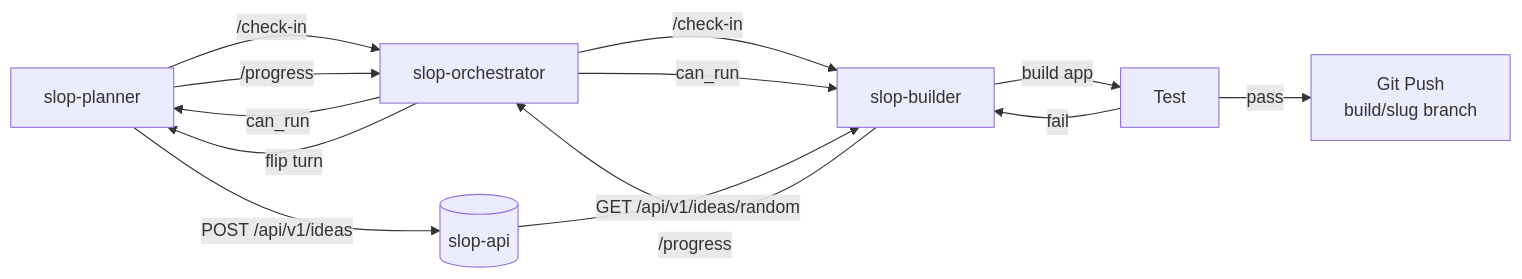
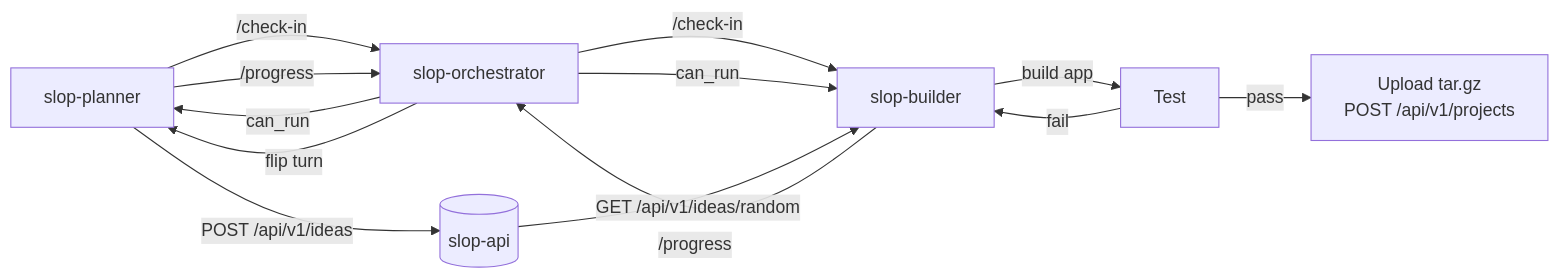
Before and after one commit to jtmb/slop-generator: the second of 3 diagrams in docs/ARCHITECTURE.md, drawn with Mermaid. The commit also changed other lines of this file and 103 other files, not shown here.

First line of the commit message:
refactor: replace git sync with tar.gz upload mechanism

````diff
--- a/docs/ARCHITECTURE.md
+++ b/docs/ARCHITECTURE.md
@@ -66,15 +68,15 @@
 ```mermaid
 flowchart LR
     P[slop-planner] -->|/check-in| O[slop-orchestrator]
     O -->|can_run| P
     P -->|POST /api/v1/ideas| A[(slop-api)]
     P -->|/progress| O
     O -->|/check-in| B[slop-builder]
     O -->|can_run| B
     A -->|GET /api/v1/ideas/random| B
     B -->|build app| T[Test]
-    T -->|pass| G[Git Push<br/>build/slug branch]
+    T -->|pass| U[Upload tar.gz<br/>POST /api/v1/projects]
     T -->|fail| B
     B -->|/progress| O
     O -->|flip turn| P
 ```
````
